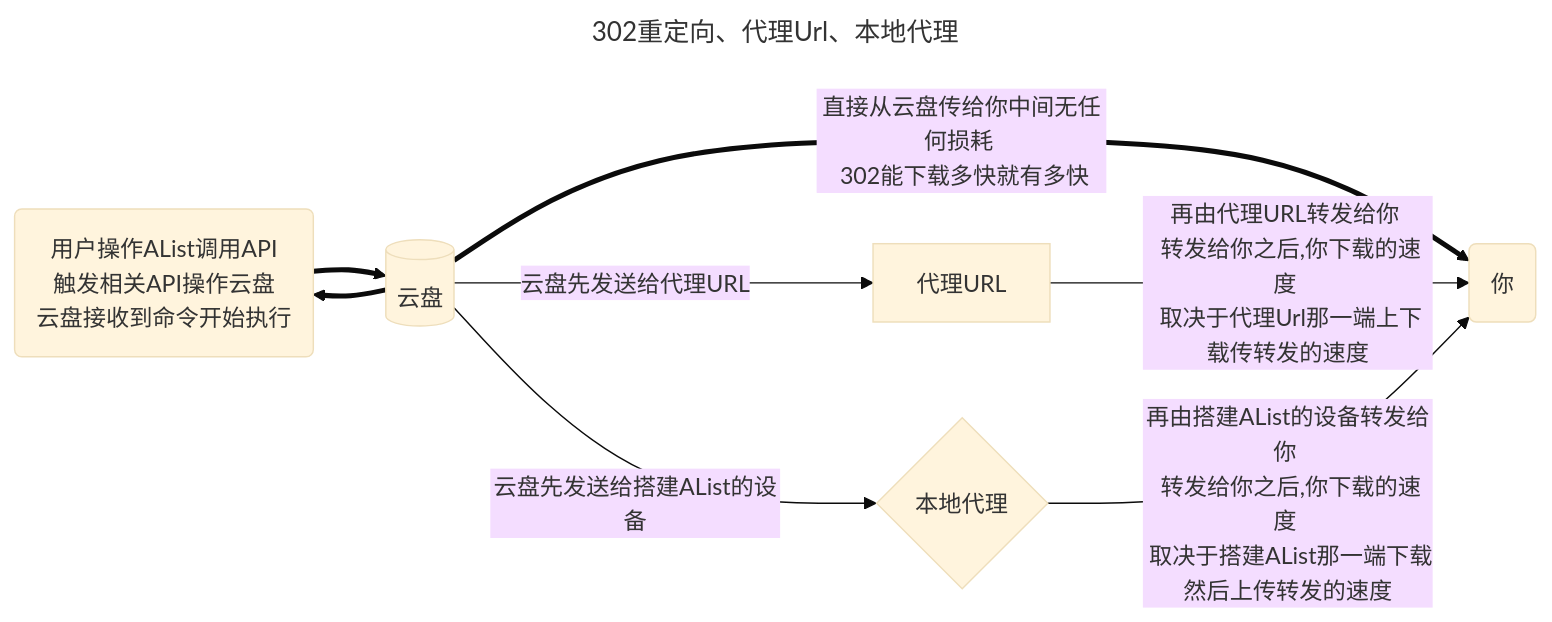
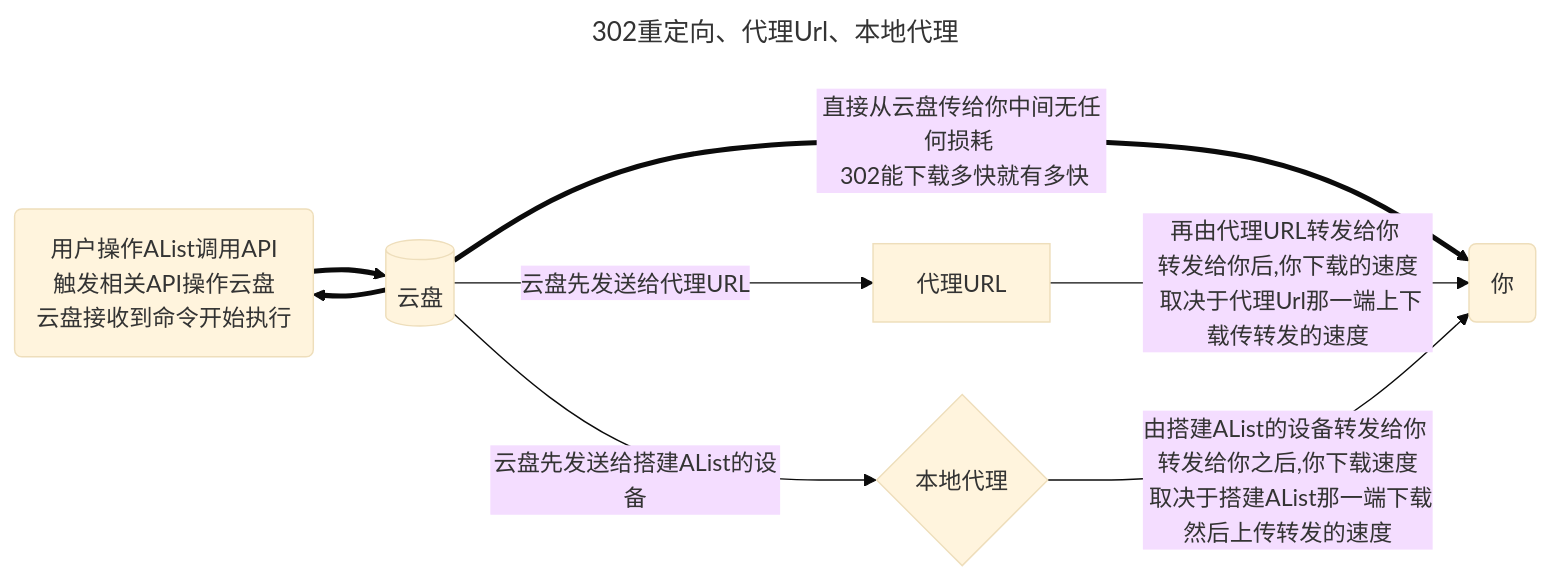
The diagram in docs/zh/guide/drivers/common.md (zyp91281115/docs), drawn with Mermaid (base theme) before and after one commit. The commit also changed other lines of this file and 11 other files, not shown here.

````diff
--- a/docs/zh/guide/drivers/common.md
+++ b/docs/zh/guide/drivers/common.md
@@ -122,16 +138,16 @@
 ```mermaid
 ---
 title: 302重定向、代理Url、本地代理
 ---
 flowchart LR
-	E(用户操作AList调用API \n 触发相关API操作云盘 \n 云盘接收到命令开始执行)
+	E(用户操作AList调用API <br/> 触发相关API操作云盘 <br/> 云盘接收到命令开始执行)
 	A[(云盘)]
 	B(你)
 	C[代理URL]
 	D{本地代理}
 	E==>A==>E
-    A==>|直接从云盘传给你中间无任何损耗 \n 302能下载多快就有多快|B
-    A-->|云盘先发送给代理URL|C-->|再由代理URL转发给你 \n 转发给你之后,你下载的速度 \n 取决于代理Url那一端上下载传转发的速度|B
-    A-->|云盘先发送给搭建AList的设备|D-->|再由搭建AList的设备转发给你 \n 转发给你之后,你下载的速度 \n 取决于搭建AList那一端下载然后上传转发的速度|B
+    A==>|直接从云盘传给你中间无任何损耗 <br/> 302能下载多快就有多快|B
+    A-->|云盘先发送给代理URL|C-->|再由代理URL转发给你 <br/> 转发给你后,你下载的速度 <br/> 取决于代理Url那一端上下载传转发的速度|B
+    A-->|云盘先发送给搭建AList的设备|D-->|由搭建AList的设备转发给你 <br/> 转发给你之后,你下载速度 <br/> 取决于搭建AList那一端下载然后上传转发的速度|B
 
 ```
````
